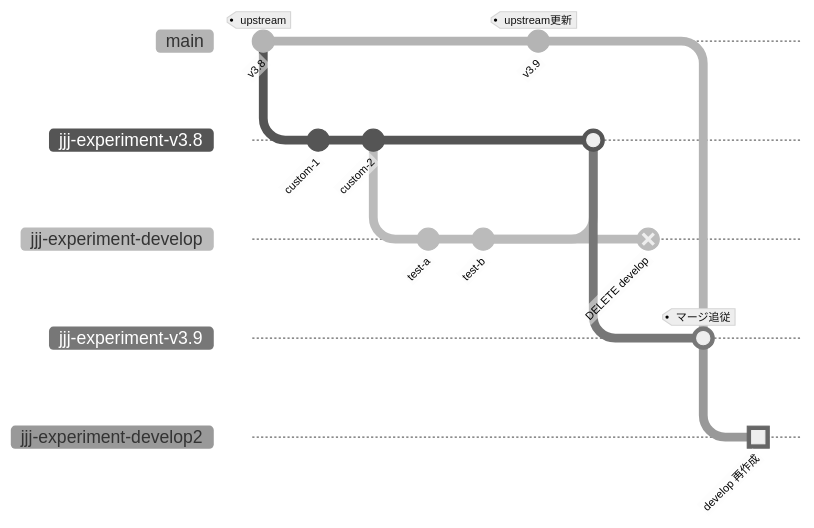
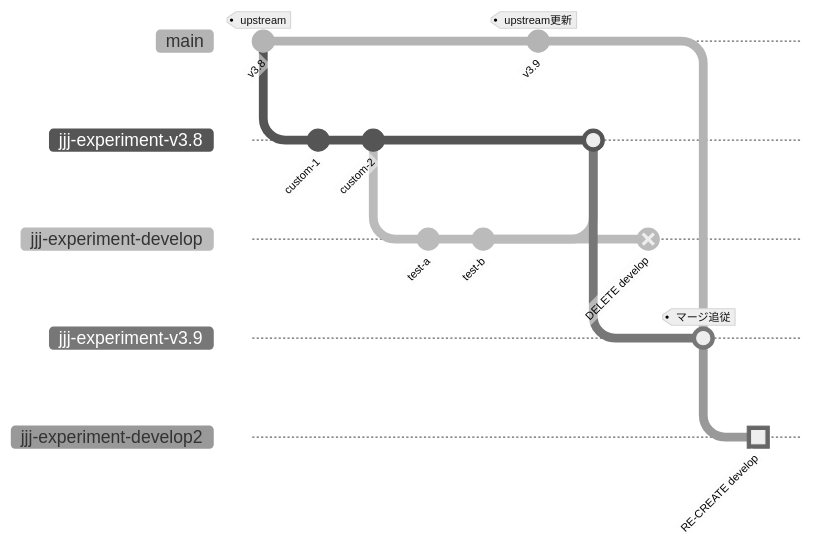
Before and after one commit to iguchi-lab/Verification-Platform-Next: the third of 4 diagrams in src/docs/ブランチ戦略_カスタム機能追加フロー.md, drawn with Mermaid (neutral theme). The commit also changed other lines of this file, not shown here.

````diff
--- a/src/docs/ブランチ戦略_カスタム機能追加フロー.md
+++ b/src/docs/ブランチ戦略_カスタム機能追加フロー.md
@@ -93,24 +92,24 @@
 ```mermaid
 gitGraph
     commit id: "v3.8" tag: "upstream"
     branch jjj-experiment-v3.8
     checkout jjj-experiment-v3.8
     commit id: "custom-1"
     commit id: "custom-2"
     branch jjj-experiment-develop
     checkout jjj-experiment-develop
     commit id: "test-a"
     commit id: "test-b"
     checkout main
     commit id: "v3.9" tag: "upstream更新"
     checkout jjj-experiment-v3.8
     merge jjj-experiment-develop
     branch jjj-experiment-v3.9
     checkout jjj-experiment-develop
     commit id: "DELETE develop" type: REVERSE
     checkout jjj-experiment-v3.9
     merge main tag: "マージ追従"
     branch jjj-experiment-develop2
     checkout jjj-experiment-develop2
-    commit id: "develop 再作成" type: HIGHLIGHT
+    commit id: "RE-CREATE develop" type: HIGHLIGHT
 ```
````
